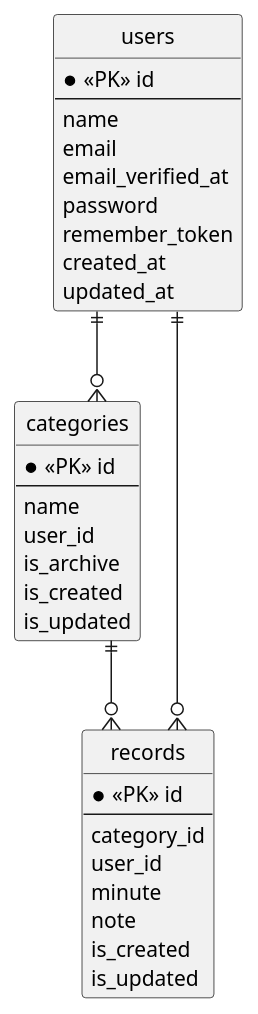
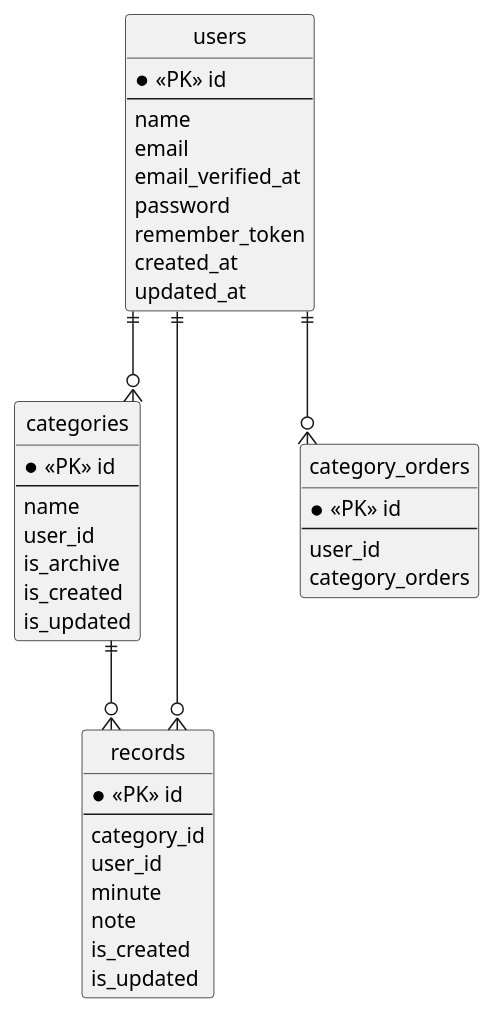
The diagram in document/er-figure.pu (nakajima97/laravel-learning-record-app-v2), drawn with PlantUML before and after one commit. The commit also changed 12 other files, not shown here.

```diff
--- a/document/er-figure.pu
+++ b/document/er-figure.pu
@@ -1,43 +1,50 @@
 @startuml er-figure
 hide circle
 skinparam linetype ortho
 
 entity "users" as users {
   * <<PK>> id
   --
   name
   email
   email_verified_at
   password
   remember_token
   created_at
   updated_at
 }
 
 entity "categories" as categories {
     * <<PK>> id
     --
     name
     user_id
     is_archive
     is_created
     is_updated
 }
 
 entity "records" as records {
     * <<PK>> id
     --
     category_id
     user_id
     minute
     note
     is_created
     is_updated
 }
 
+entity "category_orders" as category_orders {
+    * <<PK>> id
+    --
+    user_id
+    category_orders
+}
+
 users ||--o{ categories
 users ||--o{ records
+users ||--o{ category_orders
 categories ||--o{ records
 
-
 @enduml
```
